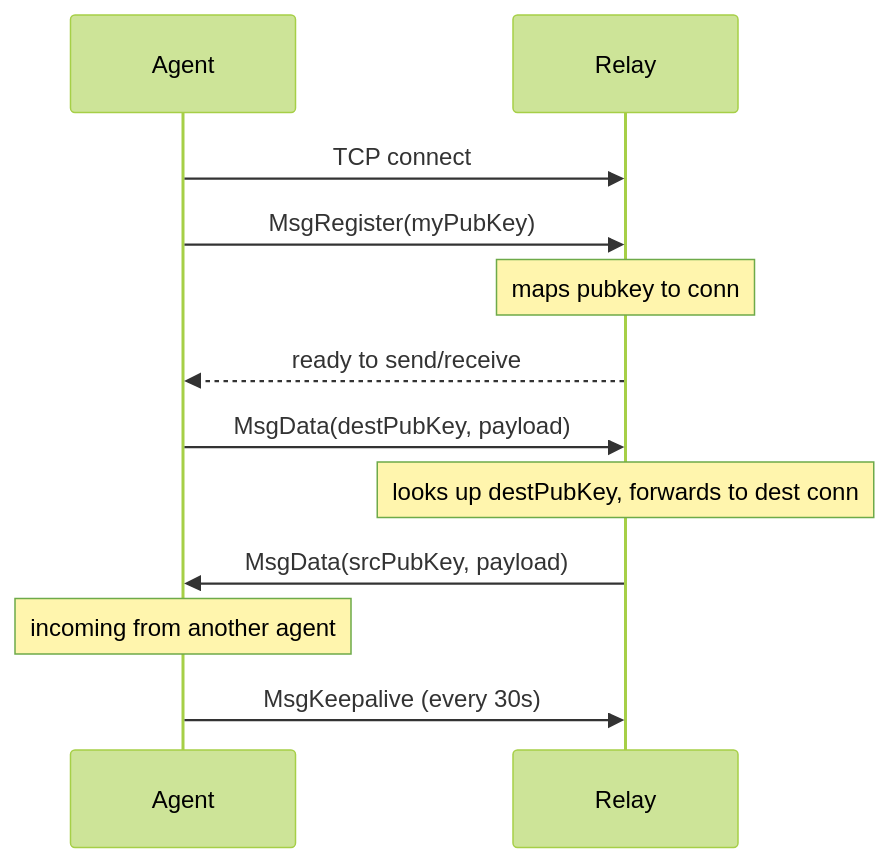
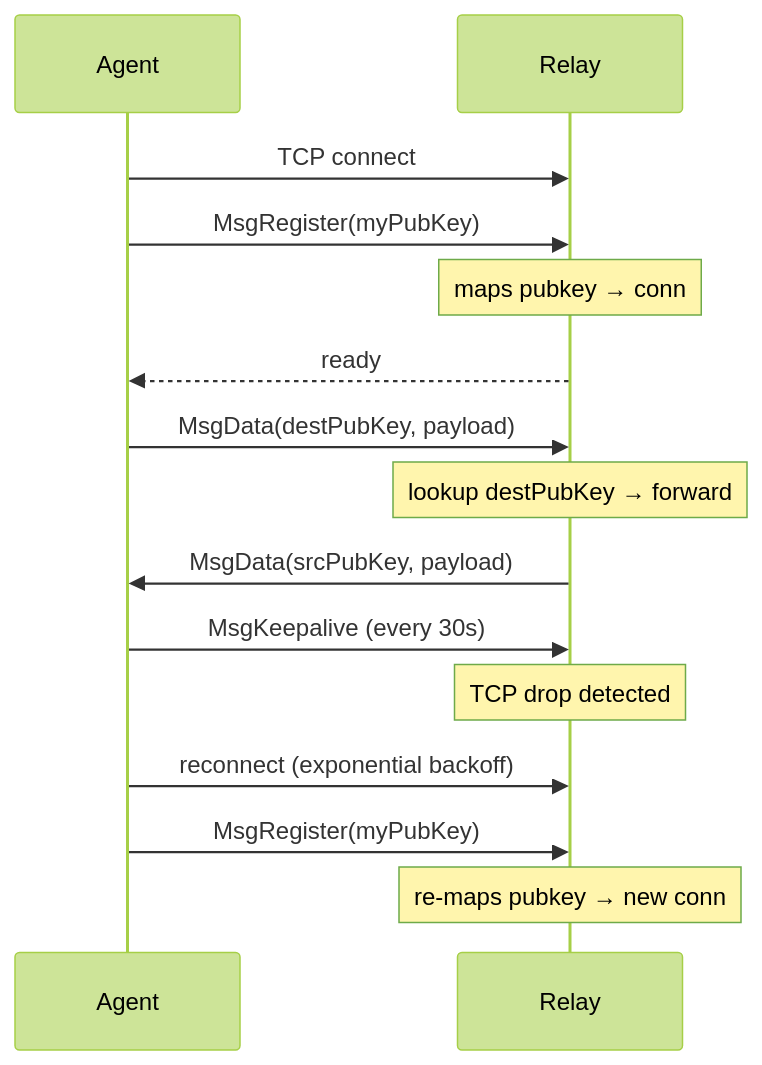
The second of 4 diagrams in docs/architecture/relay.md (inerplat/wirekube), drawn with Mermaid (forest theme) before and after one commit. The commit also changed other lines of this file and 20 other files, not shown here.

````diff
--- a/docs/architecture/relay.md
+++ b/docs/architecture/relay.md
@@ -51,14 +51,17 @@
 ```mermaid
 sequenceDiagram
     participant Agent
     participant Relay
     Agent->>Relay: TCP connect
     Agent->>Relay: MsgRegister(myPubKey)
-    Note over Relay: maps pubkey to conn
-    Relay-->>Agent: ready to send/receive
+    Note over Relay: maps pubkey → conn
+    Relay-->>Agent: ready
     Agent->>Relay: MsgData(destPubKey, payload)
-    Note over Relay: looks up destPubKey, forwards to dest conn
+    Note over Relay: lookup destPubKey → forward
     Relay->>Agent: MsgData(srcPubKey, payload)
-    Note over Agent: incoming from another agent
     Agent->>Relay: MsgKeepalive (every 30s)
+    Note over Relay: TCP drop detected
+    Agent->>Relay: reconnect (exponential backoff)
+    Agent->>Relay: MsgRegister(myPubKey)
+    Note over Relay: re-maps pubkey → new conn
 ```
````
